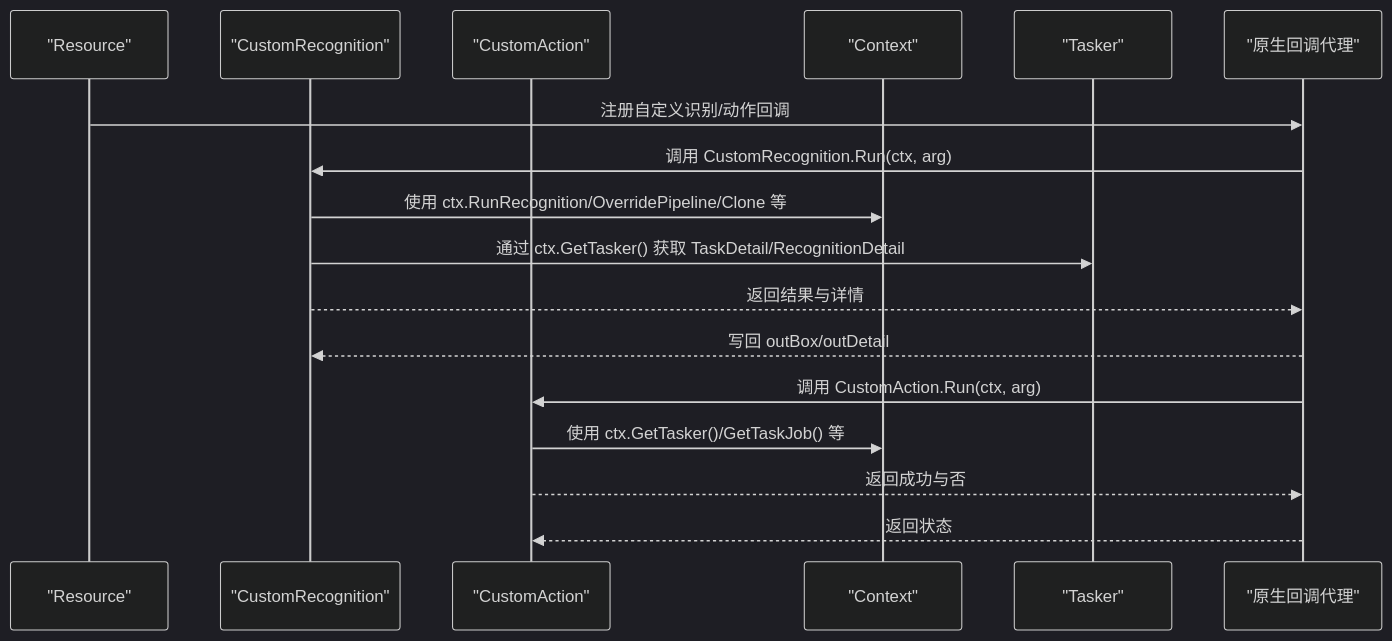
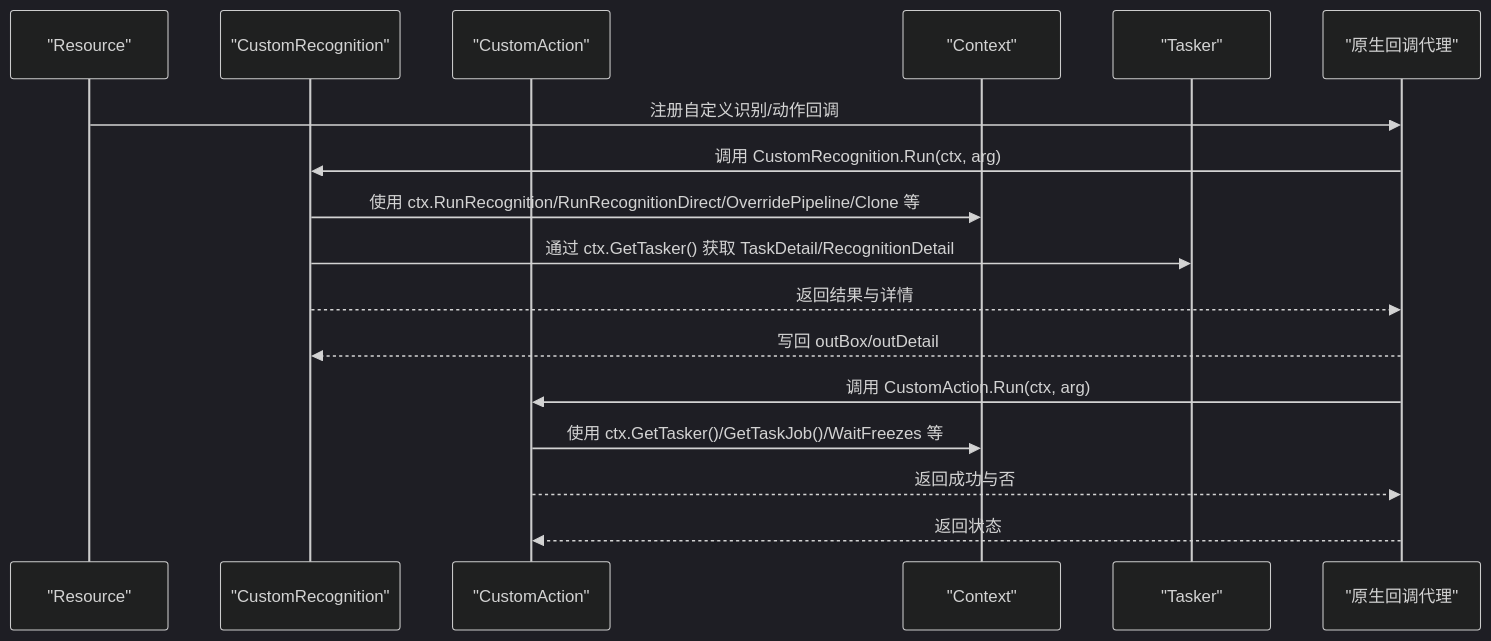
One commit to kqcoxn/MaaPipelineEditor changed the fourth of 5 diagrams in instructions/maafw-golang-binding/核心概念/执行上下文 (Context).md. Above: the diagram before and after it, drawn with Mermaid (dark theme). The commit also changed other lines of this file and 10 other files, not shown here.

````diff
--- a/instructions/maafw-golang-binding/核心概念/执行上下文 (Context).md
+++ b/instructions/maafw-golang-binding/核心概念/执行上下文 (Context).md
@@ -232,19 +254,19 @@
 ```mermaid
 sequenceDiagram
 participant Res as "Resource"
 participant CR as "CustomRecognition"
 participant CA as "CustomAction"
 participant Ctx as "Context"
 participant Tsk as "Tasker"
 participant N as "原生回调代理"
 Res->>N : 注册自定义识别/动作回调
 N->>CR : 调用 CustomRecognition.Run(ctx, arg)
-CR->>Ctx : 使用 ctx.RunRecognition/OverridePipeline/Clone 等
+CR->>Ctx : 使用 ctx.RunRecognition/RunRecognitionDirect/OverridePipeline/Clone 等
 CR->>Tsk : 通过 ctx.GetTasker() 获取 TaskDetail/RecognitionDetail
 CR-->>N : 返回结果与详情
 N-->>CR : 写回 outBox/outDetail
 N->>CA : 调用 CustomAction.Run(ctx, arg)
-CA->>Ctx : 使用 ctx.GetTasker()/GetTaskJob() 等
+CA->>Ctx : 使用 ctx.GetTasker()/GetTaskJob()/WaitFreezes 等
 CA-->>N : 返回成功与否
 N-->>CA : 返回状态
 ```
````
